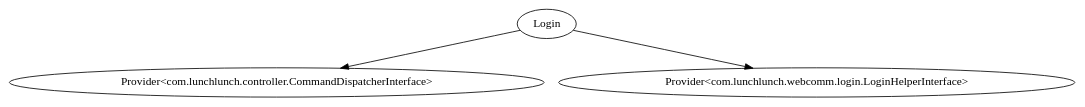
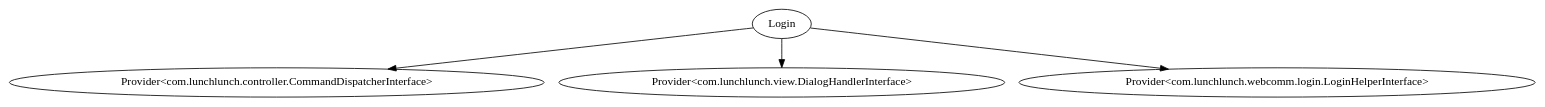
One commit to cyrusinnovation/lunchlunchandroid changed the diagram in LunchLunchTest/.apt_generated/com/lunchlunch/view/login/LoginTest.TestModule.dot. Above: the diagram before and after it, drawn with Graphviz. The commit also changed 34 other files, not shown here.

```diff
--- a/LunchLunchTest/.apt_generated/com/lunchlunch/view/login/LoginTest.TestModule.dot
+++ b/LunchLunchTest/.apt_generated/com/lunchlunch/view/login/LoginTest.TestModule.dot
@@ -1,7 +1,9 @@
 digraph G1 {
   concentrate = true;
   n2 [label="Provider<com.lunchlunch.controller.CommandDispatcherInterface>"];
   Login -> n2;
-  n3 [label="Provider<com.lunchlunch.webcomm.login.LoginHelperInterface>"];
+  n3 [label="Provider<com.lunchlunch.view.DialogHandlerInterface>"];
   Login -> n3;
+  n4 [label="Provider<com.lunchlunch.webcomm.login.LoginHelperInterface>"];
+  Login -> n4;
 }
```
